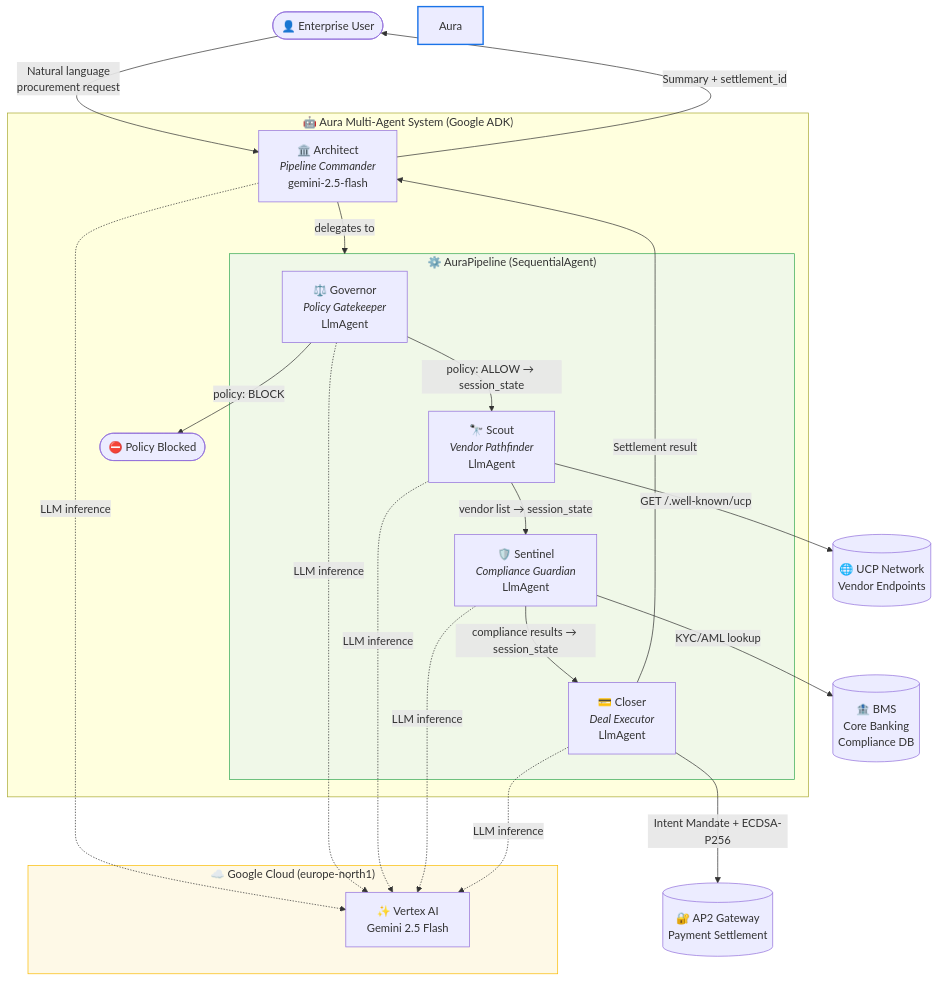
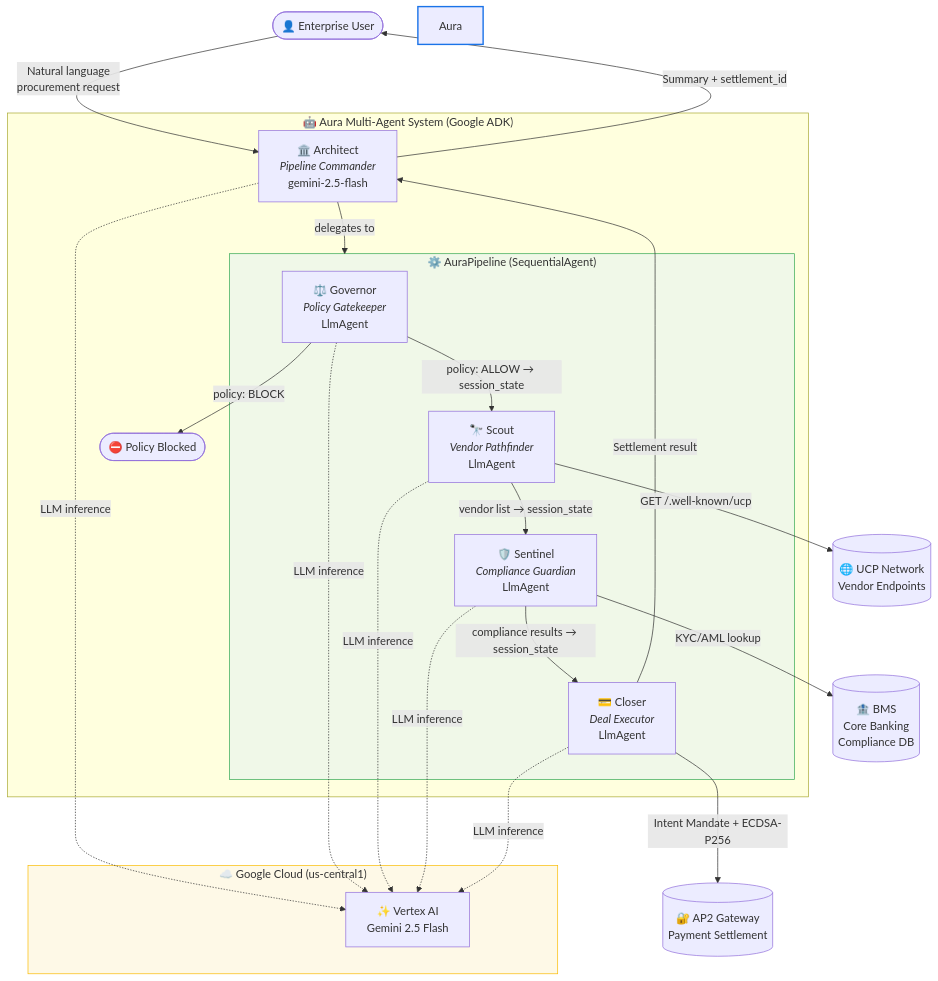
One commit to shailwx/aura changed the diagram in docs/ARCHITECTURE.md. Above: the diagram before and after it, drawn with Mermaid. The commit also changed other lines of this file and 14 other files, not shown here.

````diff
--- a/docs/ARCHITECTURE.md
+++ b/docs/ARCHITECTURE.md
@@ -11,42 +11,42 @@
 ```mermaid
 graph TD
     User([👤 Enterprise User]) -->|Natural language<br/>procurement request| Architect
 
     subgraph Aura MAS ["🤖 Aura Multi-Agent System (Google ADK)"]
         Architect["🏛️ Architect<br/><i>Pipeline Commander</i><br/>gemini-2.5-flash"]
 
         subgraph Pipeline ["⚙️ AuraPipeline (SequentialAgent)"]
             Governor["⚖️ Governor<br/><i>Policy Gatekeeper</i><br/>LlmAgent"]
             Scout["🔭 Scout<br/><i>Vendor Pathfinder</i><br/>LlmAgent"]
             Sentinel["🛡️ Sentinel<br/><i>Compliance Guardian</i><br/>LlmAgent"]
             Closer["💳 Closer<br/><i>Deal Executor</i><br/>LlmAgent"]
         end
 
         Architect -->|delegates to| Pipeline
         Governor -->|policy: ALLOW → session_state| Scout
         Governor -->|policy: BLOCK| PolicyBlocked(["⛔ Policy Blocked"])
         Scout -->|vendor list → session_state| Sentinel
         Sentinel -->|compliance results → session_state| Closer
     end
 
     Scout -->|GET /.well-known/ucp| UCP[("🌐 UCP Network<br/>Vendor Endpoints")]
     Sentinel -->|KYC/AML lookup| BMS[("🏦 BMS<br/>Core Banking<br/>Compliance DB")]
     Closer -->|Intent Mandate + ECDSA-P256| AP2[("🔐 AP2 Gateway<br/>Payment Settlement")]
 
     Closer -->|Settlement result| Architect
     Architect -->|Summary + settlement_id| User
 
-    subgraph GCP ["☁️ Google Cloud (europe-north1)"]
+    subgraph GCP ["☁️ Google Cloud (us-central1)"]
         VertexAI["✨ Vertex AI<br/>Gemini 2.5 Flash"]
     end
 
     Architect -.->|LLM inference| VertexAI
     Governor -.->|LLM inference| VertexAI
     Scout -.->|LLM inference| VertexAI
     Sentinel -.->|LLM inference| VertexAI
     Closer -.->|LLM inference| VertexAI
 
     style Aura MAS fill:#e8f4f8,stroke:#1a73e8,stroke-width:2px
     style Pipeline fill:#f0f8e8,stroke:#34a853,stroke-width:1px
     style GCP fill:#fef9e7,stroke:#fbbc04,stroke-width:1px
 ```
````
